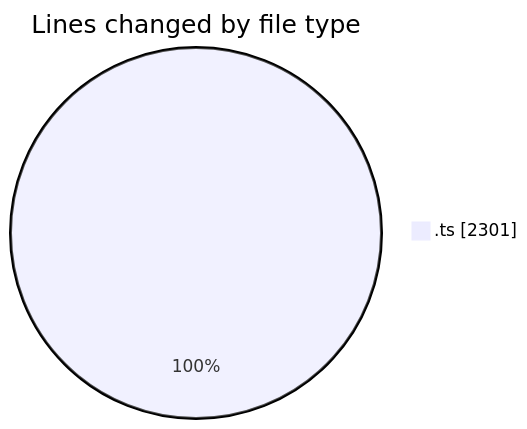
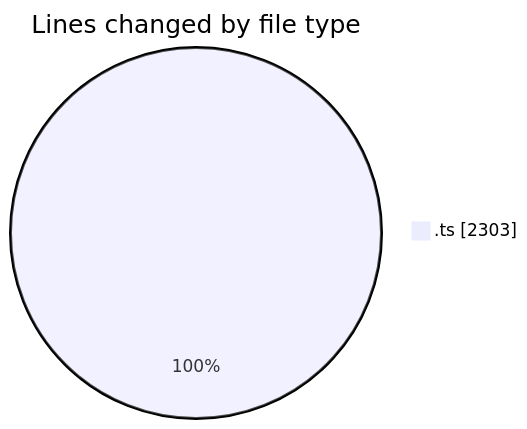
The first of 2 diagrams in 2025-10-23/cda/README.md (momahboobian/code-tracking), drawn with Mermaid before and after one commit. The commit also changed other lines of this file and 1 other file, not shown here.

````diff
--- a/2025-10-23/cda/README.md
+++ b/2025-10-23/cda/README.md
@@ -23,5 +23,5 @@
 ```mermaid
 pie showData
 title Lines changed by file type
-".ts" : 2301
+".ts" : 2303
 ```
````
